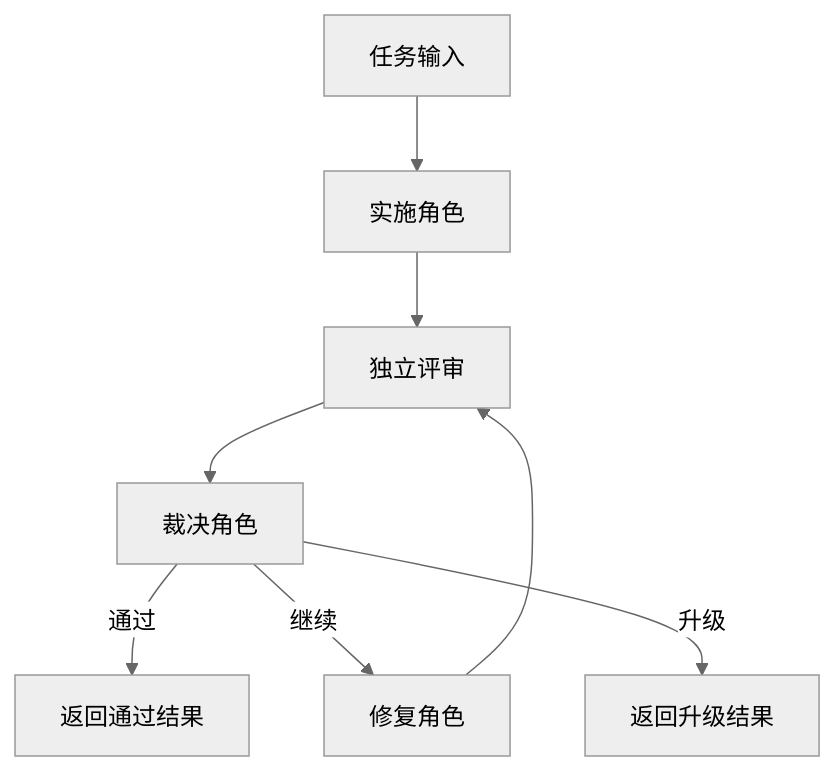
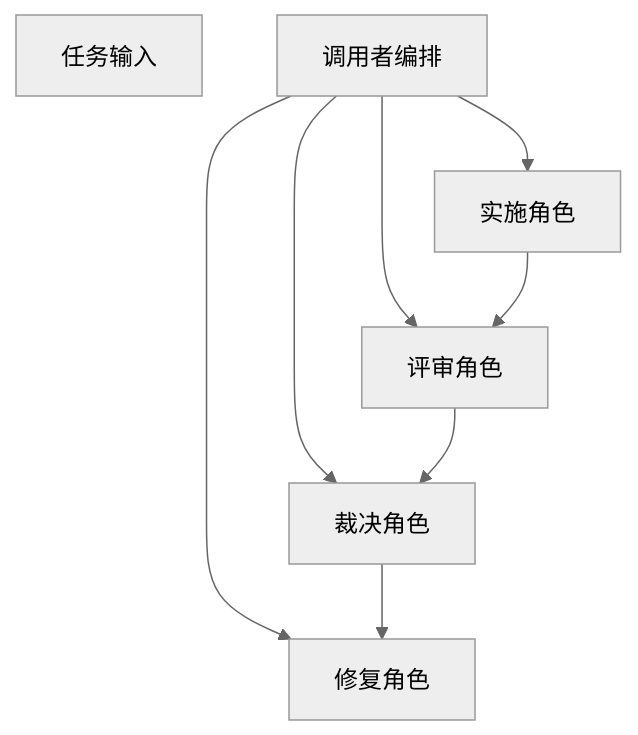
One commit to mickorz/pi-code-mode changed the diagram in dev-docs/planning/2026-11-20-内置质量闭环workflow执行计划.md. Above: the diagram before and after it, drawn with Mermaid (neutral theme). The commit also changed other lines of this file, not shown here.

````diff
--- a/dev-docs/planning/2026-11-20-内置质量闭环workflow执行计划.md
+++ b/dev-docs/planning/2026-11-20-内置质量闭环workflow执行计划.md
@@ -22,18 +24,17 @@
 ```mermaid
 flowchart TD
     A[任务输入]
     B[实施角色]
-    C[独立评审]
+    C[评审角色]
     D[裁决角色]
     E[修复角色]
-    F[返回通过结果]
-    G[返回升级结果]
+    F[调用者编排]
 
-    A --> B
+    F --> B
+    F --> C
+    F --> D
+    F --> E
     B --> C
     C --> D
-    D -->|通过| F
-    D -->|继续| E
-    E --> C
-    D -->|升级| G
+    D --> E
 ```
````
